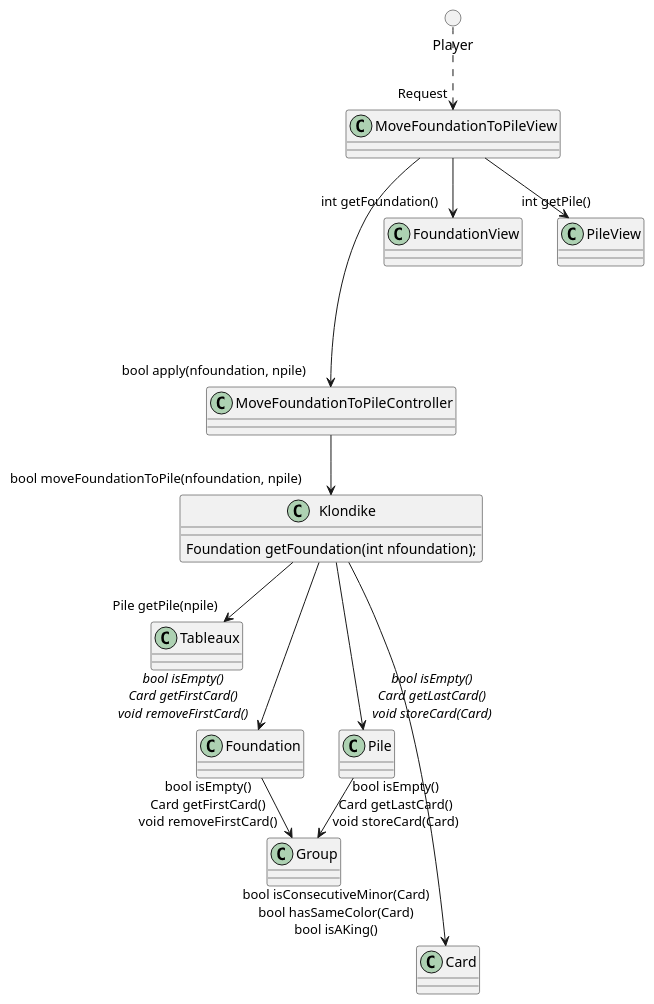
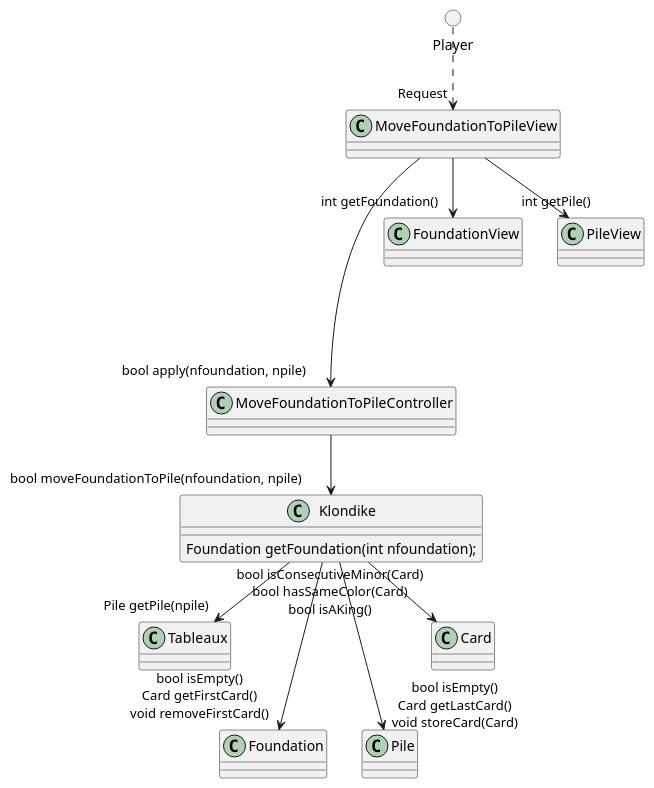
The diagram in analysis/collaboration/MoveFoundationToPile.puml (ciscoruiz/klondike), drawn with PlantUML before and after one commit. The commit also changed 2 other files, not shown here.

Commit message:
Remove references to Group class

```diff
--- a/analysis/collaboration/MoveFoundationToPile.puml
+++ b/analysis/collaboration/MoveFoundationToPile.puml
@@ -1,30 +1,27 @@
 @startuml
 class MoveFoundationToPileView
 class MoveFoundationToPileController
 class Klondike
 circle Player
 
 Player ..> "Request" MoveFoundationToPileView
 
 MoveFoundationToPileView --> "int getFoundation()" FoundationView
 MoveFoundationToPileView --> "int getPile()" PileView
 
 MoveFoundationToPileView ----> "bool apply(nfoundation, npile)" MoveFoundationToPileController
 
 MoveFoundationToPileController --> "bool moveFoundationToPile(nfoundation, npile)" Klondike
 
 class Klondike {
    Foundation getFoundation(int nfoundation);
 }
 
 Klondike --> "Pile getPile(npile)" Tableaux
 
-Klondike ---> "//bool isEmpty()//\n//Card getFirstCard()//\n//void removeFirstCard()//" Foundation
-Klondike ---> "//bool isEmpty()//\n//Card getLastCard()//\n//void storeCard(Card)//" Pile
+Klondike ---> "bool isEmpty()\nCard getFirstCard()\nvoid removeFirstCard()" Foundation
+Klondike ---> "bool isEmpty()\nCard getLastCard()\nvoid storeCard(Card)" Pile
 
-Foundation --> "bool isEmpty()\nCard getFirstCard()\nvoid removeFirstCard()" Group
-Pile  --> "bool isEmpty()\nCard getLastCard()\nvoid storeCard(Card)" Group
-
-Klondike -----> "bool isConsecutiveMinor(Card)\nbool hasSameColor(Card)\nbool isAKing()" Card
+Klondike --> "bool isConsecutiveMinor(Card)\nbool hasSameColor(Card)\nbool isAKing()" Card
 
 @enduml
```
